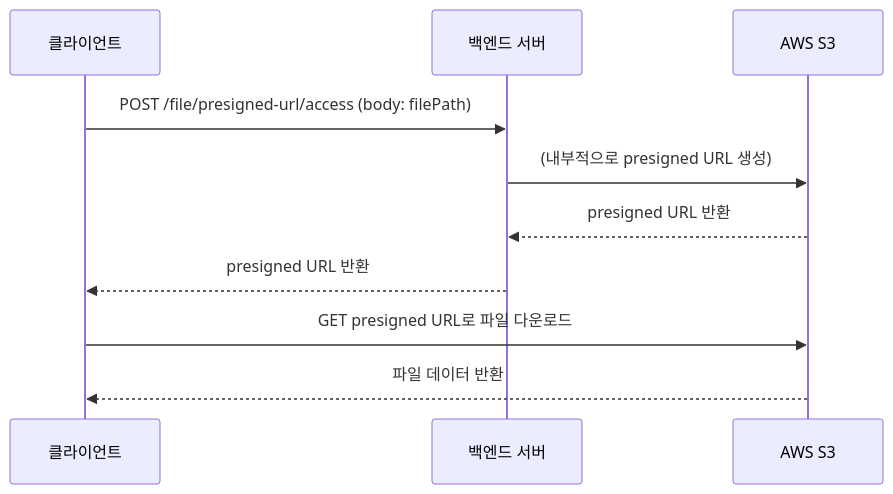
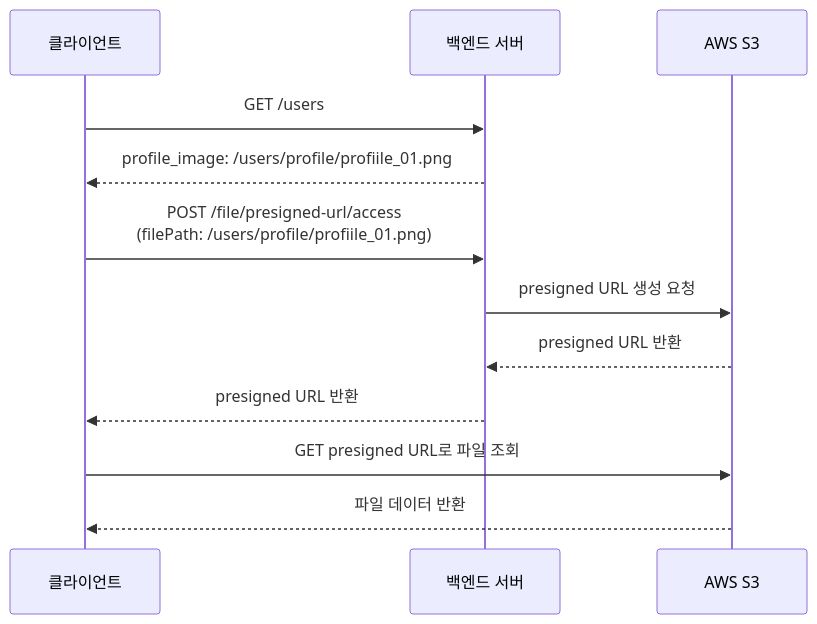
The second of 2 diagrams in docs/files.md (mash-up-kr/HGDGDS-Node), drawn with Mermaid before and after one commit. The commit also changed other lines of this file, not shown here.

````diff
--- a/docs/files.md
+++ b/docs/files.md
@@ -67,14 +67,16 @@
 ```mermaid
 sequenceDiagram
     participant Client as 클라이언트
     participant BE as 백엔드 서버
     participant S3 as AWS S3
 
-    Client->>BE: POST /file/presigned-url/access (body: filePath)
-    BE->>S3: (내부적으로 presigned URL 생성)
+    Client->>BE: GET /users
+    BE-->>Client: profile_image: /users/profile/profiile_01.png
+    Client->>BE: POST /file/presigned-url/access <br/> (filePath: /users/profile/profiile_01.png)
+    BE->>S3: presigned URL 생성 요청
     S3-->>BE: presigned URL 반환
     BE-->>Client: presigned URL 반환
 
-    Client->>S3: GET presigned URL로 파일 다운로드
+    Client->>S3: GET presigned URL로 파일 조회
     S3-->>Client: 파일 데이터 반환
 ```
````
